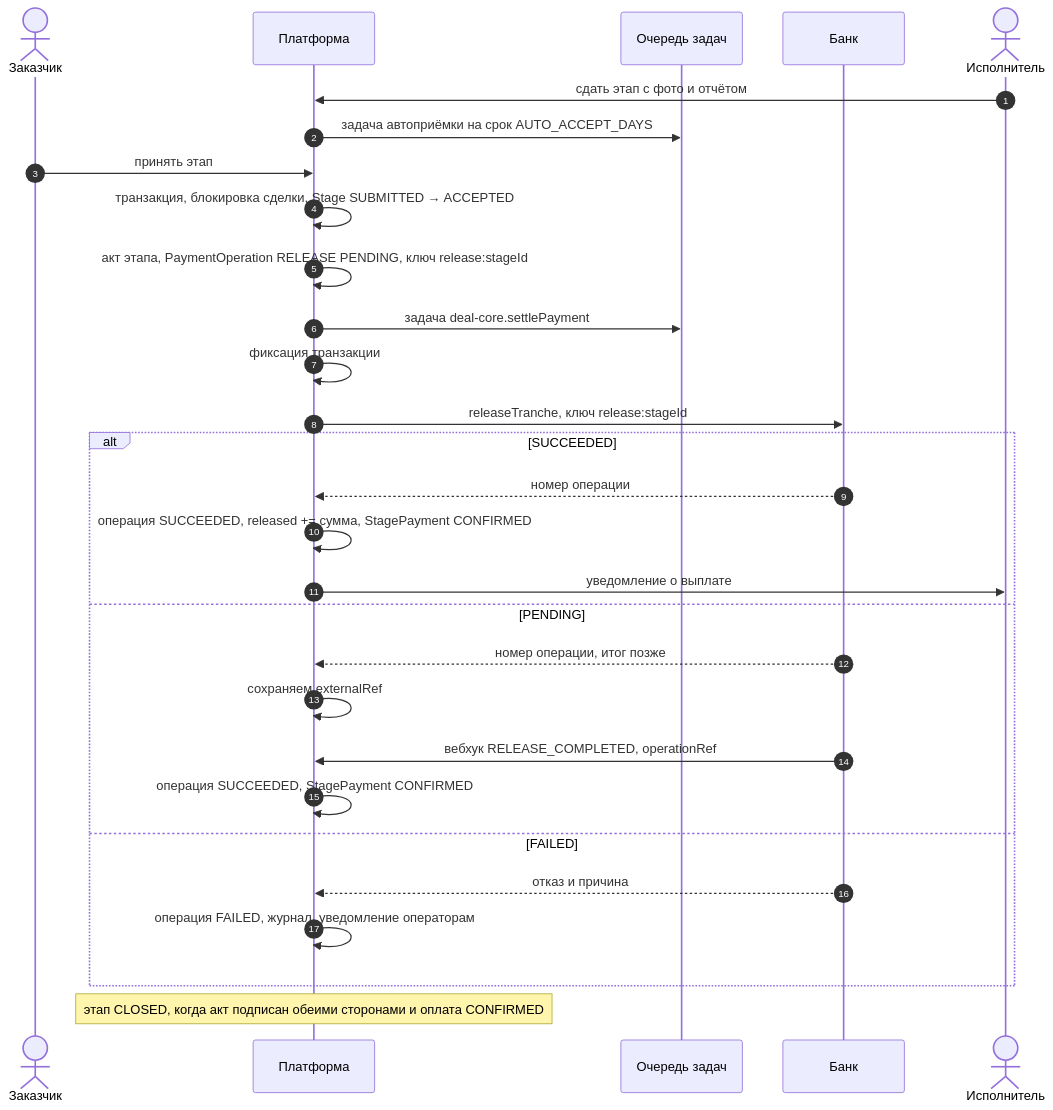
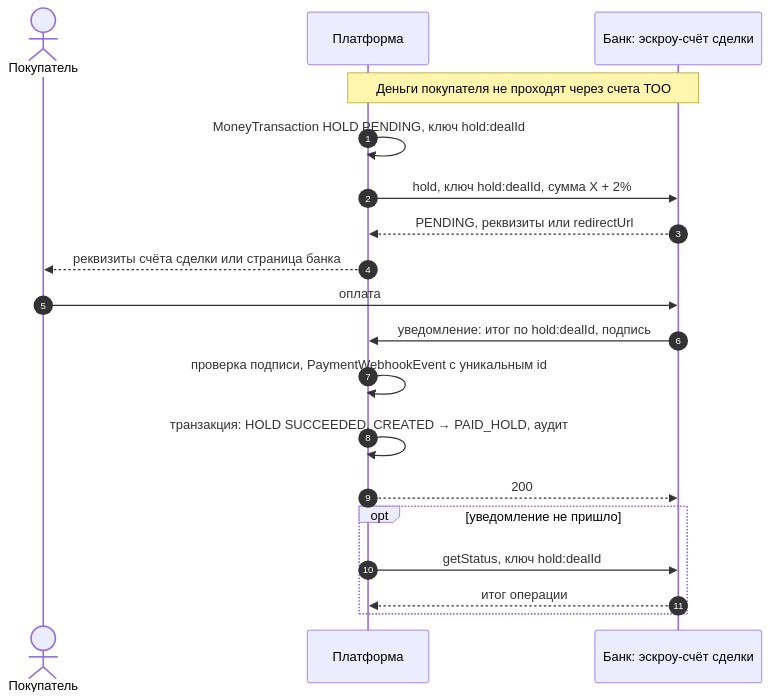
One commit to CemeteryPlaya/senim-platform changed the third of 6 diagrams in docs/bank/03-escrow-integration.md. Above: the diagram before and after it, drawn with Mermaid. The commit also changed other lines of this file and 2 other files, not shown here.

````diff
--- a/docs/bank/03-escrow-integration.md
+++ b/docs/bank/03-escrow-integration.md
@@ -246,32 +274,22 @@
 ```mermaid
 sequenceDiagram
   autonumber
-  actor C as Заказчик
+  actor C as Покупатель
   participant P as Платформа
-  participant J as Очередь задач
-  participant B as Банк
-  actor E as Исполнитель
+  participant B as Банк: эскроу-счёт сделки
 
-  E->>P: сдать этап с фото и отчётом
-  P->>J: задача автоприёмки на срок AUTO_ACCEPT_DAYS
-  C->>P: принять этап
-  P->>P: транзакция, блокировка сделки, Stage SUBMITTED → ACCEPTED
-  P->>P: акт этапа, PaymentOperation RELEASE PENDING, ключ release:stageId
-  P->>J: задача deal-core.settlePayment
-  P->>P: фиксация транзакции
-  P->>B: releaseTranche, ключ release:stageId
-  alt SUCCEEDED
-    B-->>P: номер операции
-    P->>P: операция SUCCEEDED, released += сумма, StagePayment CONFIRMED
-    P->>E: уведомление о выплате
-  else PENDING
-    B-->>P: номер операции, итог позже
-    P->>P: сохраняем externalRef
-    B->>P: вебхук RELEASE_COMPLETED, operationRef
-    P->>P: операция SUCCEEDED, StagePayment CONFIRMED
-  else FAILED
-    B-->>P: отказ и причина
-    P->>P: операция FAILED, журнал, уведомление операторам
+  Note over P,B: Деньги покупателя не проходят через счета ТОО
+  P->>P: MoneyTransaction HOLD PENDING, ключ hold:dealId
+  P->>B: hold, ключ hold:dealId, сумма X + 2%
+  B-->>P: PENDING, реквизиты или redirectUrl
+  P-->>C: реквизиты счёта сделки или страница банка
+  C->>B: оплата
+  B->>P: уведомление: итог по hold:dealId, подпись
+  P->>P: проверка подписи, PaymentWebhookEvent с уникальным id
+  P->>P: транзакция: HOLD SUCCEEDED, CREATED → PAID_HOLD, аудит
+  P-->>B: 200
+  opt уведомление не пришло
+    P->>B: getStatus, ключ hold:dealId
+    B-->>P: итог операции
   end
-  Note over P: этап CLOSED, когда акт подписан обеими сторонами и оплата CONFIRMED
 ```
````
